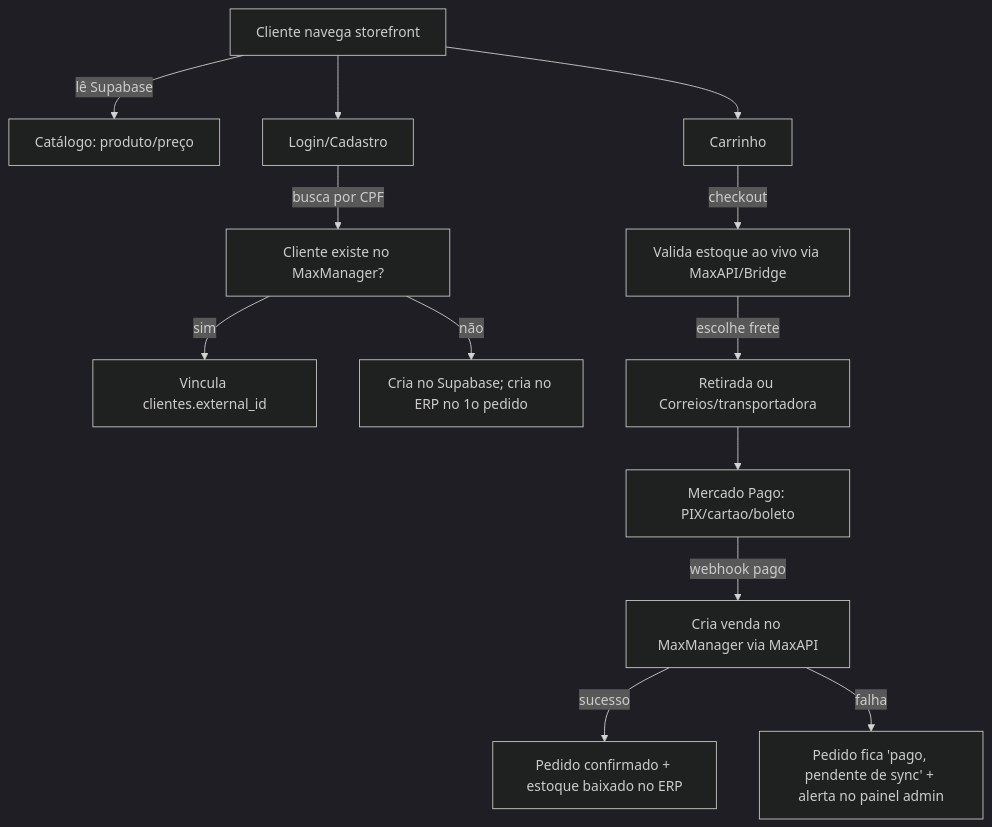
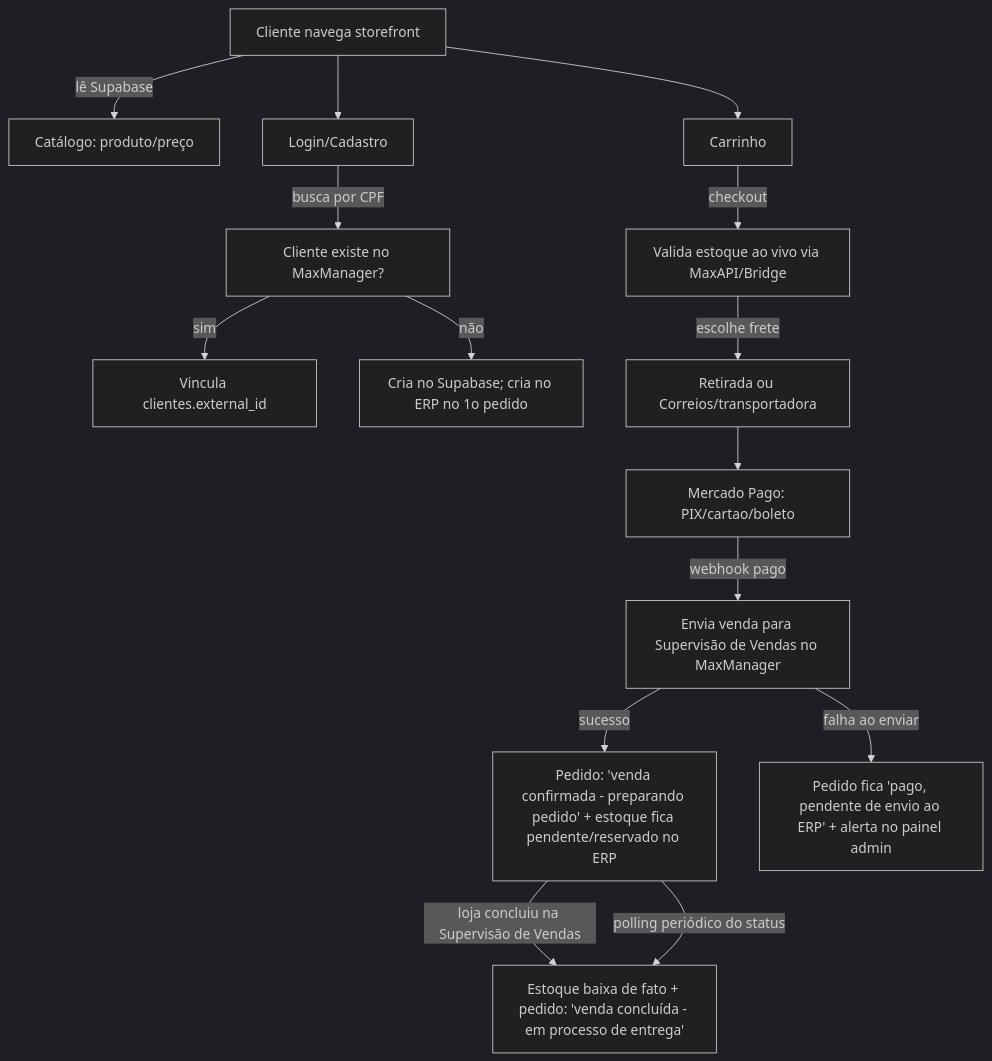
One commit to maxdatalc/lc-dashboard changed the diagram in docs/superpowers/specs/2026-07-09-ecommerce-design.md. Above: the diagram before and after it, drawn with Mermaid (dark theme). The commit also changed other lines of this file and 5 other files, not shown here.

````diff
--- a/docs/superpowers/specs/2026-07-09-ecommerce-design.md
+++ b/docs/superpowers/specs/2026-07-09-ecommerce-design.md
@@ -36,15 +36,17 @@
 ```mermaid
 flowchart TD
   A[Cliente navega storefront] -->|lê Supabase| B[Catálogo: produto/preço]
   A --> C[Login/Cadastro]
   C -->|busca por CPF| D[Cliente existe no MaxManager?]
   D -->|sim| E[Vincula clientes.external_id]
   D -->|não| F[Cria no Supabase; cria no ERP no 1o pedido]
   A --> G[Carrinho]
   G -->|checkout| H[Valida estoque ao vivo via MaxAPI/Bridge]
   H -->|escolhe frete| I[Retirada ou Correios/transportadora]
   I --> J[Mercado Pago: PIX/cartao/boleto]
-  J -->|webhook pago| K[Cria venda no MaxManager via MaxAPI]
-  K -->|sucesso| L[Pedido confirmado + estoque baixado no ERP]
-  K -->|falha| M["Pedido fica 'pago, pendente de sync' + alerta no painel admin"]
+  J -->|webhook pago| K[Envia venda para Supervisão de Vendas no MaxManager]
+  K -->|sucesso| N["Pedido: 'venda confirmada - preparando pedido' + estoque fica pendente/reservado no ERP"]
+  K -->|falha ao enviar| M["Pedido fica 'pago, pendente de envio ao ERP' + alerta no painel admin"]
+  N -->|loja concluiu na Supervisão de Vendas| O["Estoque baixa de fato + pedido: 'venda concluída - em processo de entrega'"]
+  N -->|polling periódico do status| O
 ```
````
